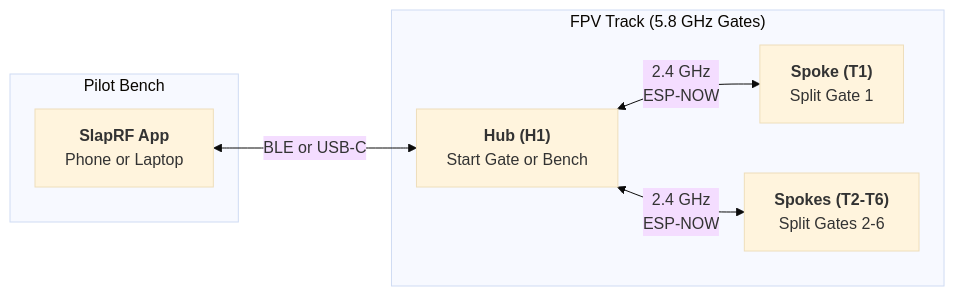
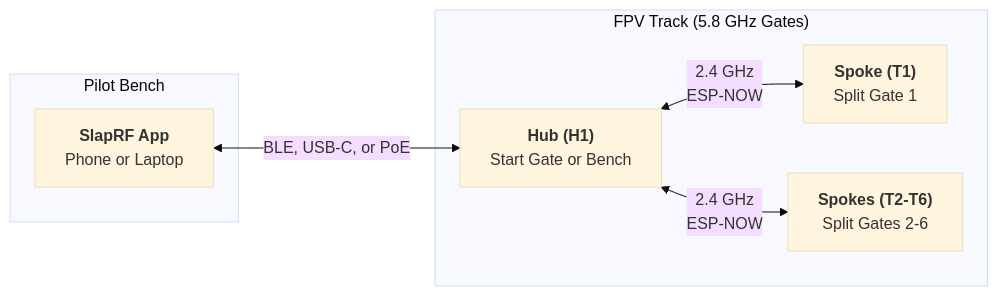
Before and after one commit to kaack/SlapRF: the diagram in docs-site/content/getting-started/architecture.md, drawn with Mermaid (base theme). The commit also changed other lines of this file and 10 other files, not shown here.

````diff
--- a/docs-site/content/getting-started/architecture.md
+++ b/docs-site/content/getting-started/architecture.md
@@ -12,16 +12,16 @@
 ```mermaid
 flowchart LR
     subgraph Bench["Pilot Bench"]
         App["<b>SlapRF App</b><br/>Phone or Laptop"]
     end
 
     subgraph Track["FPV Track (5.8 GHz Gates)"]
         H1["<b>Hub (H1)</b><br/>Start Gate or Bench"]
         T1["<b>Spoke (T1)</b><br/>Split Gate 1"]
         T2["<b>Spokes (T2-T6)</b><br/>Split Gates 2-6"]
     end
 
-    App <-->|"BLE or USB-C"| H1
+    App <-->|"BLE, USB-C, or PoE"| H1
     H1 <-->|"2.4 GHz<br/>ESP-NOW"| T1
     H1 <-->|"2.4 GHz<br/>ESP-NOW"| T2
 ```
````
